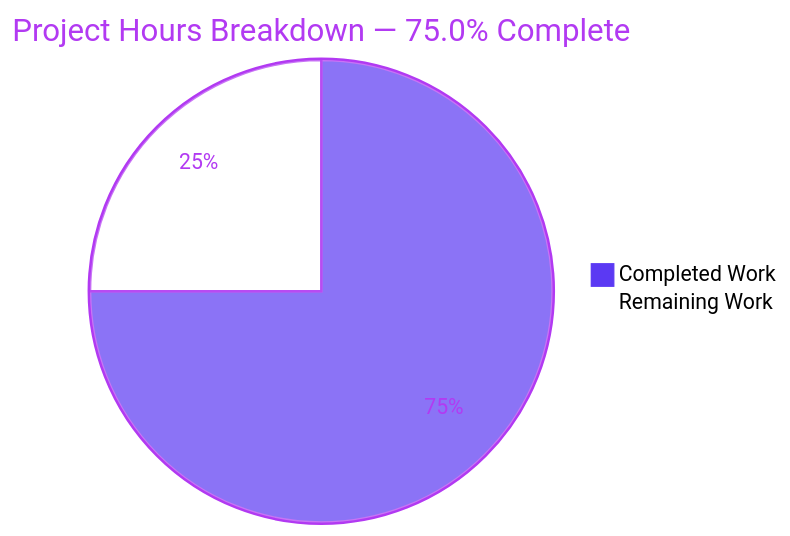
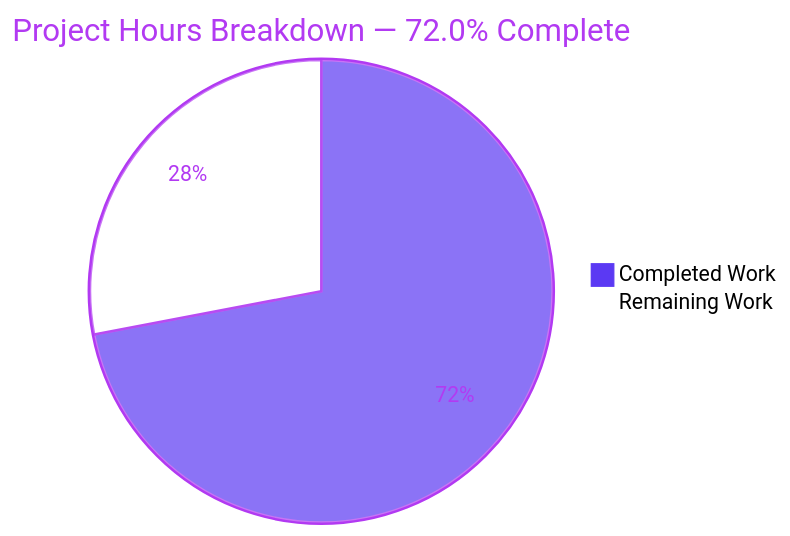
Before and after one commit to blitzy-build-in-public/5th-project-511d0ab5: the second of 3 diagrams in blitzy/documentation/Project Guide - cf36ab07-42cd-4100-bbd6-228611d75db0.md, drawn with Mermaid. The commit also changed other lines of this file, not shown here.

Commit message:
Adding Blitzy Project Guide: Project Status and Human Tasks Remaining

````diff
--- a/blitzy/documentation/Project Guide - cf36ab07-42cd-4100-bbd6-228611d75db0.md
+++ b/blitzy/documentation/Project Guide - cf36ab07-42cd-4100-bbd6-228611d75db0.md
@@ -217,6 +221,6 @@
 ```mermaid
 %%{init: {"themeVariables": {"pie1": "#5B39F3", "pie2": "#FFFFFF", "pieStrokeColor": "#B23AF2", "pieOuterStrokeColor": "#B23AF2", "pieTitleTextColor": "#B23AF2", "pieSectionTextColor": "#B23AF2"}}}%%
-pie title Project Hours Breakdown — 75.0% Complete
+pie title Project Hours Breakdown — 72.0% Complete
     "Completed Work" : 9
-    "Remaining Work" : 3
+    "Remaining Work" : 3.5
 ```
````
